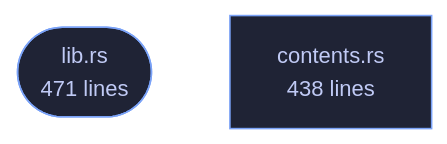
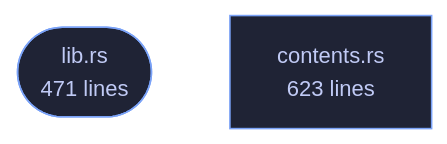
The diagram in crates/veilvoice-check/README.md (tilas01/veilvoice), drawn with Mermaid before and after one commit. The commit also changed other lines of this file and 46 other files, not shown here.

````diff
--- a/crates/veilvoice-check/README.md
+++ b/crates/veilvoice-check/README.md
@@ -93,8 +93,8 @@
 ```mermaid
 %%{init: {"theme":"base","themeVariables":{"background":"#1a1b26","primaryColor":"#1f2335","primaryTextColor":"#c0caf5","primaryBorderColor":"#7aa2f7","secondaryColor":"#16161e","tertiaryColor":"#16161e","lineColor":"#737aa2","textColor":"#c0caf5","mainBkg":"#1f2335","nodeBorder":"#7aa2f7","clusterBkg":"#16161e","clusterBorder":"#2f3549","fontFamily":"ui-monospace, SFMono-Regular, Consolas, monospace","fontSize":"14px"}}}%%
 flowchart TD
     n_lib(["lib.rs<br/>471 lines"])
-    n_contents["contents.rs<br/>438 lines"]
+    n_contents["contents.rs<br/>623 lines"]
     click n_lib href "https://github.com/tilas01/veilvoice/blob/main/crates/veilvoice-check/src/lib.rs" "open the source"
     click n_contents href "https://github.com/tilas01/veilvoice/blob/main/crates/veilvoice-check/src/contents.rs" "open the source"
 ```
````
